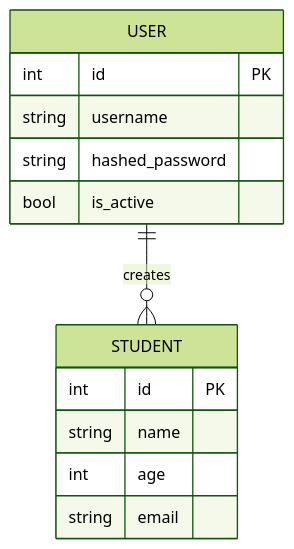
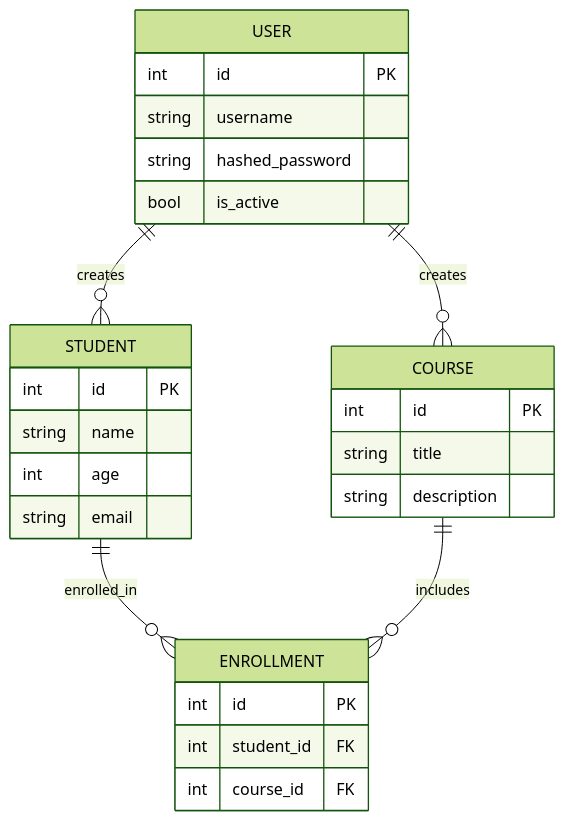
One commit to Kabeer2004/CCProject1 changed the diagram in backend/README.md. Above: the diagram before and after it, drawn with Mermaid (forest theme). The commit also changed other lines of this file, not shown here.

````diff
--- a/backend/README.md
+++ b/backend/README.md
@@ -73,16 +78,29 @@
 ```mermaid
 erDiagram
     USER ||--o{ STUDENT : creates
+    USER ||--o{ COURSE : creates
+    STUDENT ||--o{ ENROLLMENT : enrolled_in
+    COURSE ||--o{ ENROLLMENT : includes
     USER {
         int id PK
         string username
         string hashed_password
         bool is_active
     }
     STUDENT {
         int id PK
         string name
         int age
         string email
     }
+    COURSE {
+        int id PK
+        string title
+        string description
+    }
+    ENROLLMENT {
+        int id PK
+        int student_id FK
+        int course_id FK
+    }
 ```
````
